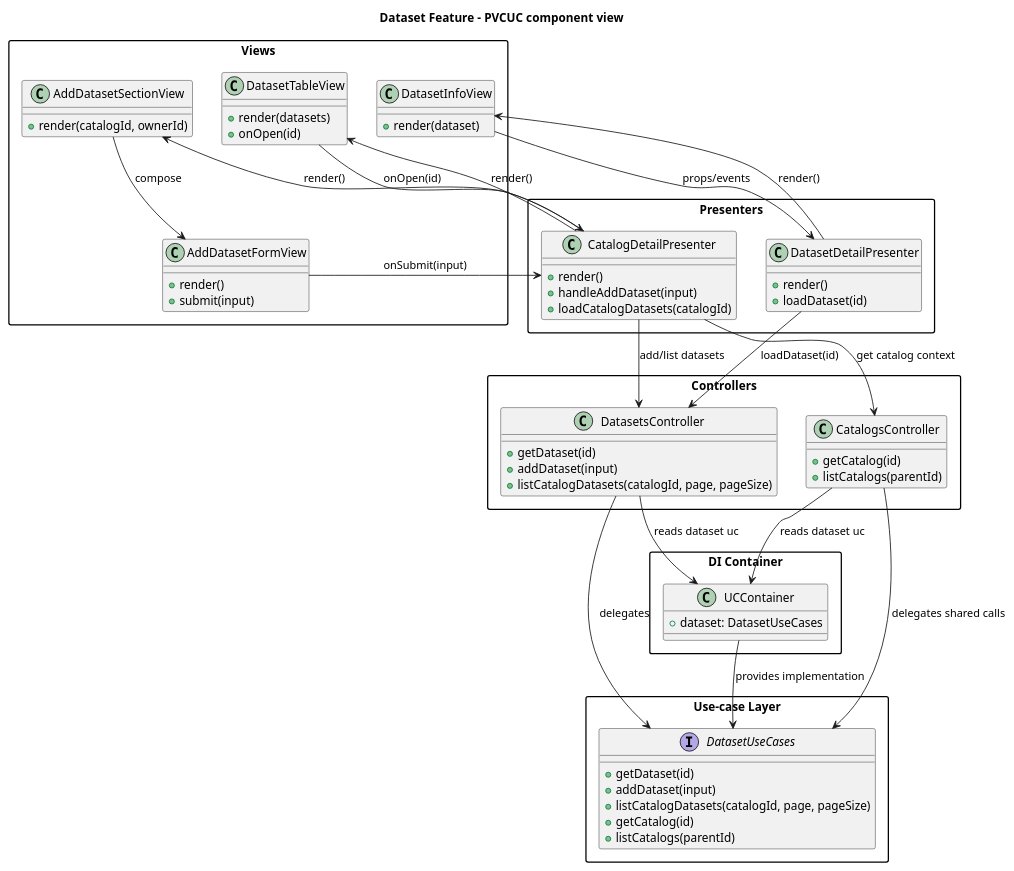
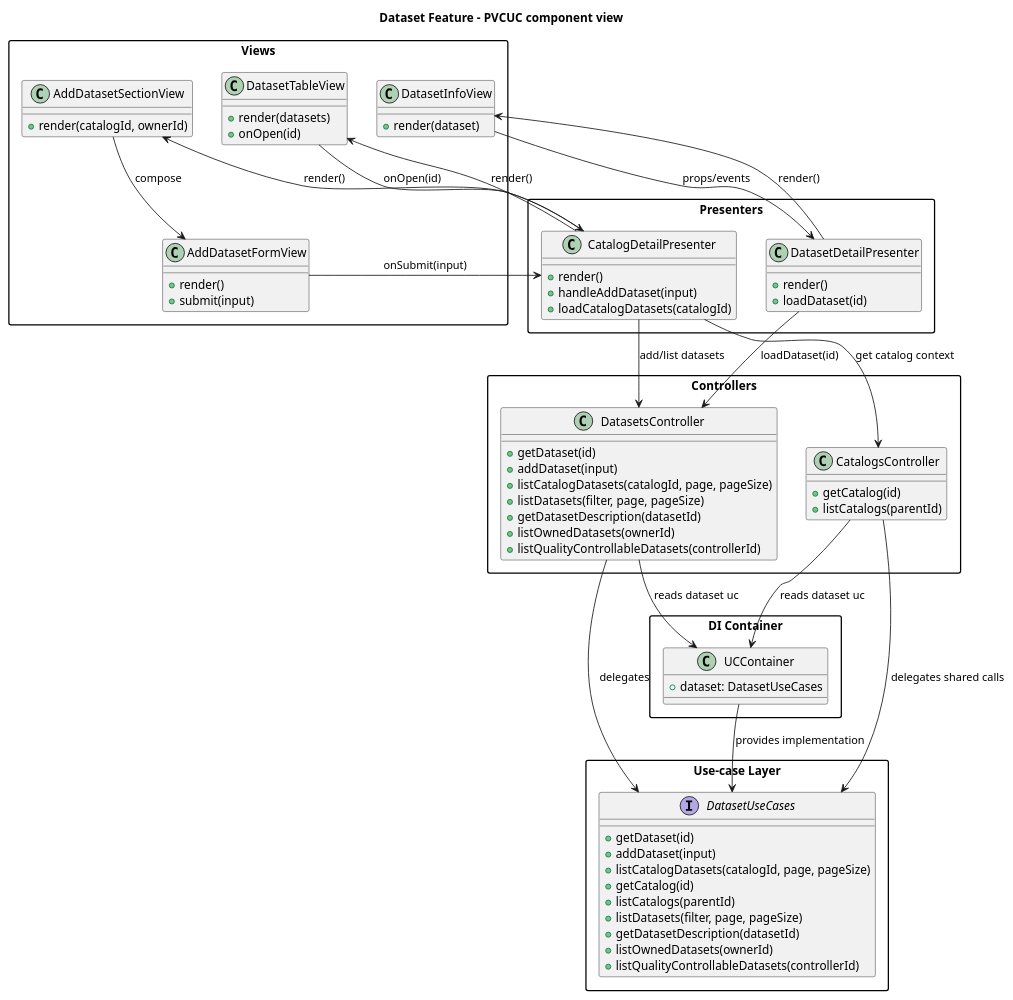
Before and after one commit to POP2025-EEPW/doorce-frontend: the diagram in diagrams/class/datasetModule.puml, drawn with PlantUML. The commit also changed 4 other files, not shown here.

Commit message:
docs: add new sequence diagrams and update class diagrams

```diff
--- a/diagrams/class/datasetModule.puml
+++ b/diagrams/class/datasetModule.puml
@@ -1,82 +1,90 @@
 @startuml
 title Dataset Feature - PVCUC component view
 
 skinparam packageStyle rectangle
 
 package "Views" {
   class DatasetInfoView {
     +render(dataset)
   }
   class AddDatasetFormView {
     +render()
     +submit(input)
   }
   class AddDatasetSectionView {
     +render(catalogId, ownerId)
   }
   class DatasetTableView {
     +render(datasets)
     +onOpen(id)
   }
 }
 
 package "Presenters" {
   class DatasetDetailPresenter {
     +render()
     +loadDataset(id)
   }
   class CatalogDetailPresenter {
     +render()
     +handleAddDataset(input)
     +loadCatalogDatasets(catalogId)
   }
 }
 
 package "Controllers" {
   class DatasetsController {
     +getDataset(id)
     +addDataset(input)
     +listCatalogDatasets(catalogId, page, pageSize)
+    +listDatasets(filter, page, pageSize)
+    +getDatasetDescription(datasetId)
+    +listOwnedDatasets(ownerId)
+    +listQualityControllableDatasets(controllerId)
   }
   class CatalogsController {
     +getCatalog(id)
     +listCatalogs(parentId)
   }
 }
 
 package "Use-case Layer" {
   interface DatasetUseCases {
     +getDataset(id)
     +addDataset(input)
     +listCatalogDatasets(catalogId, page, pageSize)
     +getCatalog(id)
     +listCatalogs(parentId)
+    +listDatasets(filter, page, pageSize)
+    +getDatasetDescription(datasetId)
+    +listOwnedDatasets(ownerId)
+    +listQualityControllableDatasets(controllerId)
   }
 }
 
 package "DI Container" {
   class UCContainer {
     +dataset: DatasetUseCases
   }
 }
 
 DatasetDetailPresenter --> DatasetInfoView : render()
 DatasetInfoView --> DatasetDetailPresenter : props/events
 DatasetDetailPresenter --> DatasetsController : loadDataset(id)
 
 CatalogDetailPresenter --> DatasetTableView : render()
 DatasetTableView --> CatalogDetailPresenter : onOpen(id)
 CatalogDetailPresenter --> AddDatasetSectionView : render()
 AddDatasetSectionView --> AddDatasetFormView : compose
 AddDatasetFormView --> CatalogDetailPresenter : onSubmit(input)
 CatalogDetailPresenter --> DatasetsController : add/list datasets
 CatalogDetailPresenter --> CatalogsController : get catalog context
 
 DatasetsController --> DatasetUseCases : delegates
 CatalogsController --> DatasetUseCases : delegates shared calls
 
 DatasetsController --> UCContainer : reads dataset uc
 CatalogsController --> UCContainer : reads dataset uc
 UCContainer --> DatasetUseCases : provides implementation
 
 @enduml
```
